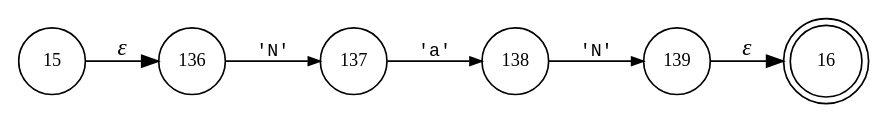
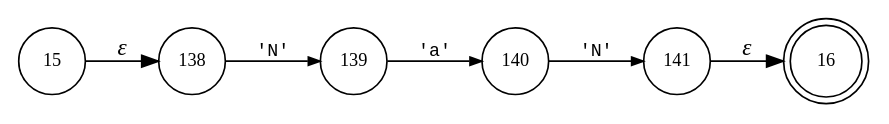
Before and after one commit to vulogov/Bund-old: the diagram in internal/parser/BundLexer.T__7.dot, drawn with Graphviz. The commit also changed 169 other files, not shown here.

```diff
--- a/internal/parser/BundLexer.T__7.dot
+++ b/internal/parser/BundLexer.T__7.dot
@@ -1,14 +1,14 @@
 digraph ATN {
 rankdir=LR;
 s16[fontsize=11, label="16", shape=doublecircle, fixedsize=true, width=.6];
-s136[fontsize=11,label="136", shape=circle, fixedsize=true, width=.55, peripheries=1];
-s137[fontsize=11,label="137", shape=circle, fixedsize=true, width=.55, peripheries=1];
 s138[fontsize=11,label="138", shape=circle, fixedsize=true, width=.55, peripheries=1];
 s139[fontsize=11,label="139", shape=circle, fixedsize=true, width=.55, peripheries=1];
+s140[fontsize=11,label="140", shape=circle, fixedsize=true, width=.55, peripheries=1];
+s141[fontsize=11,label="141", shape=circle, fixedsize=true, width=.55, peripheries=1];
 s15[fontsize=11,label="15", shape=circle, fixedsize=true, width=.55, peripheries=1];
-s15 -> s136 [fontname="Times-Italic", label="&epsilon;"];
-s136 -> s137 [fontsize=11, fontname="Courier", arrowsize=.7, label = "'N'", arrowhead = normal];
-s137 -> s138 [fontsize=11, fontname="Courier", arrowsize=.7, label = "'a'", arrowhead = normal];
+s15 -> s138 [fontname="Times-Italic", label="&epsilon;"];
 s138 -> s139 [fontsize=11, fontname="Courier", arrowsize=.7, label = "'N'", arrowhead = normal];
-s139 -> s16 [fontname="Times-Italic", label="&epsilon;"];
+s139 -> s140 [fontsize=11, fontname="Courier", arrowsize=.7, label = "'a'", arrowhead = normal];
+s140 -> s141 [fontsize=11, fontname="Courier", arrowsize=.7, label = "'N'", arrowhead = normal];
+s141 -> s16 [fontname="Times-Italic", label="&epsilon;"];
 }
```
